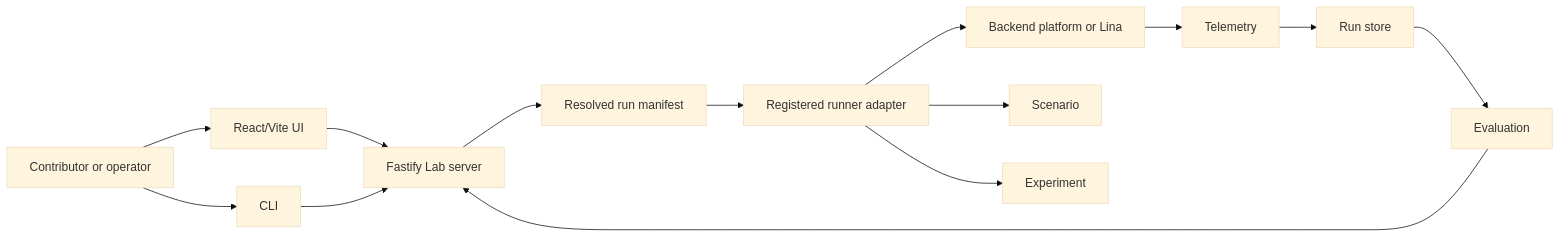
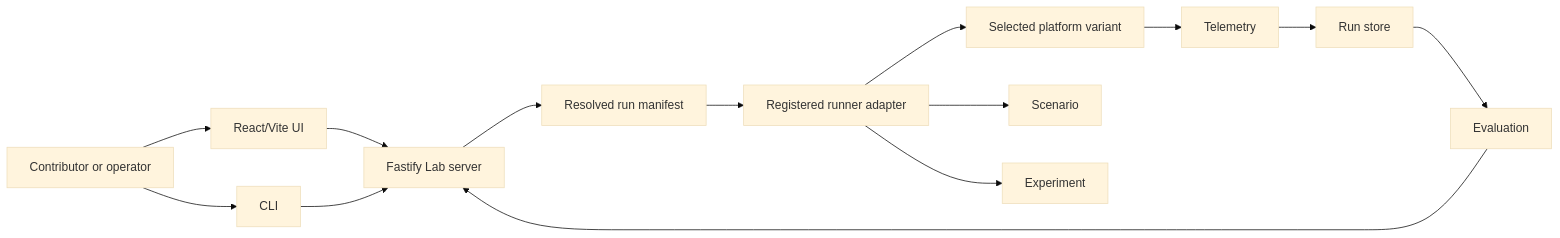
One commit to iamenochchirima/agents-lab changed the second of 2 diagrams in docs/architecture/system-overview.md. Above: the diagram before and after it, drawn with Mermaid (base theme). The commit also changed other lines of this file and 238 other files, not shown here.

````diff
--- a/docs/architecture/system-overview.md
+++ b/docs/architecture/system-overview.md
@@ -54,29 +49,29 @@
 ```mermaid
 flowchart LR
   User[Contributor or operator]
   UI[React/Vite UI]
   CLI[CLI]
   Server[Fastify Lab server]
   Config[Resolved run manifest]
   Runner[Registered runner adapter]
-  Implementation[Backend platform or Lina]
+  Implementation[Selected platform variant]
   Scenario[Scenario]
   Experiment[Experiment]
   Telemetry[Telemetry]
   Store[Run store]
   Evaluation[Evaluation]
 
   User --> UI
   UI --> Server
   User --> CLI
   CLI --> Server
   Server --> Config
   Config --> Runner
   Runner --> Implementation
   Runner --> Scenario
   Runner --> Experiment
   Implementation --> Telemetry
   Telemetry --> Store
   Store --> Evaluation
   Evaluation --> Server
 ```
````
